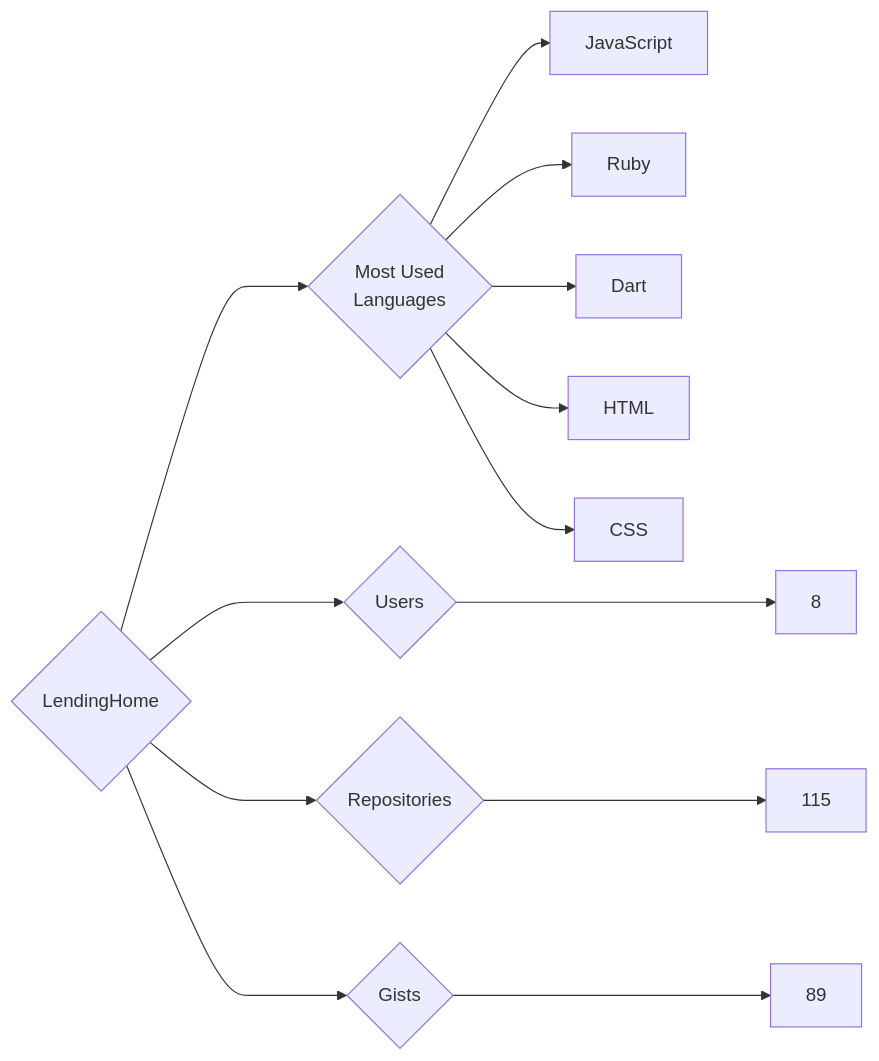
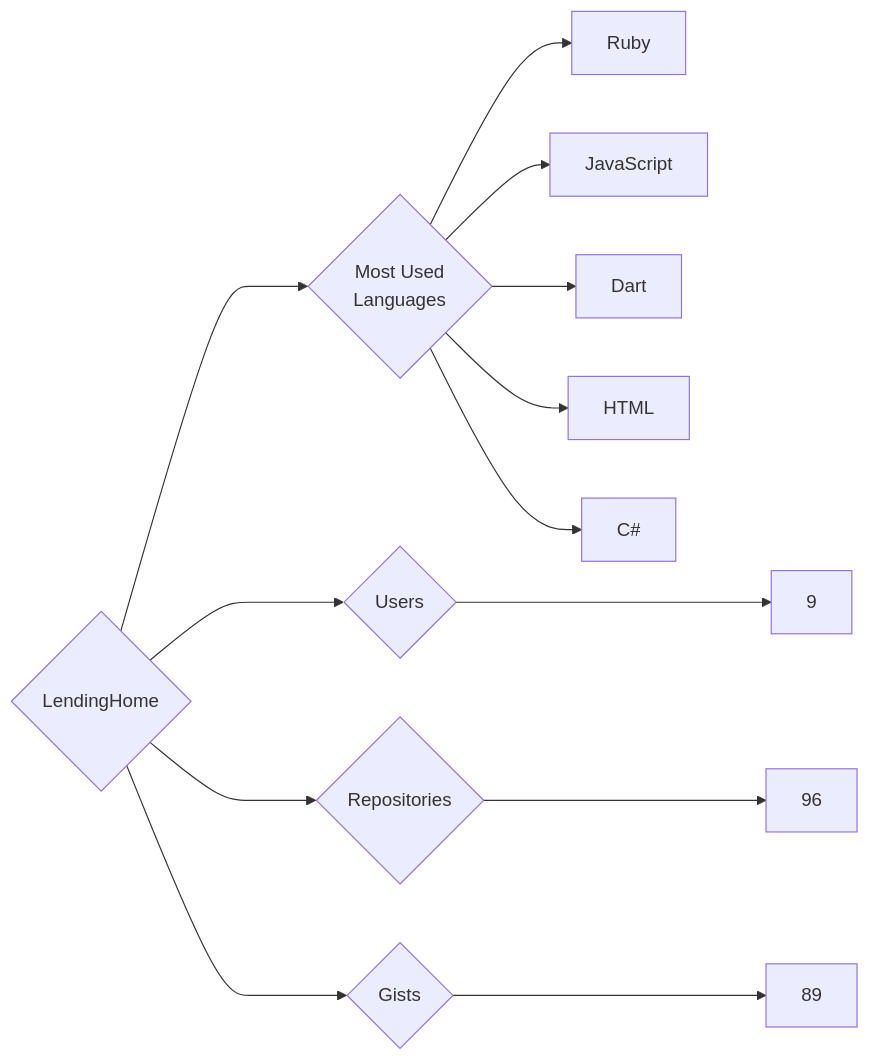
Before and after one commit to trickest/insiders: the diagram in targets/LendingHome/README.md, drawn with Mermaid. The commit also changed 930 other files, not shown here.

````diff
--- a/targets/LendingHome/README.md
+++ b/targets/LendingHome/README.md
@@ -3,13 +3,13 @@
 ```mermaid
 graph LR
 COMPANY_NAME{LendingHome}
-COMPANY_NAME ---> U{Users} ---> UN[8]
-COMPANY_NAME ---> R{Repositories} ---> RN[115]
+COMPANY_NAME ---> U{Users} ---> UN[9]
+COMPANY_NAME ---> R{Repositories} ---> RN[96]
 COMPANY_NAME ---> G{Gists} ---> GN[89]
 COMPANY_NAME ---> ML{Most Used<br>Languages}
+ML --> Ruby[Ruby]
 ML --> JavaScript[JavaScript]
-ML --> Ruby[Ruby]
 ML --> Dart[Dart]
 ML --> HTML[HTML]
-ML --> CSS[CSS]
+ML --> C#[C#]
 ```
````
